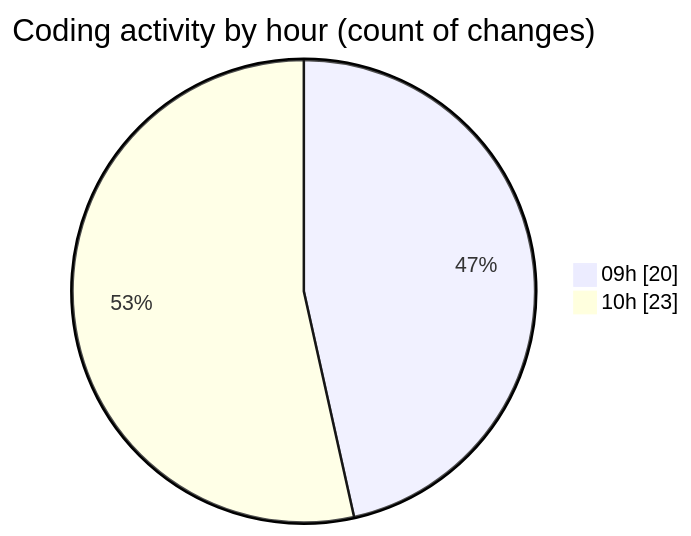
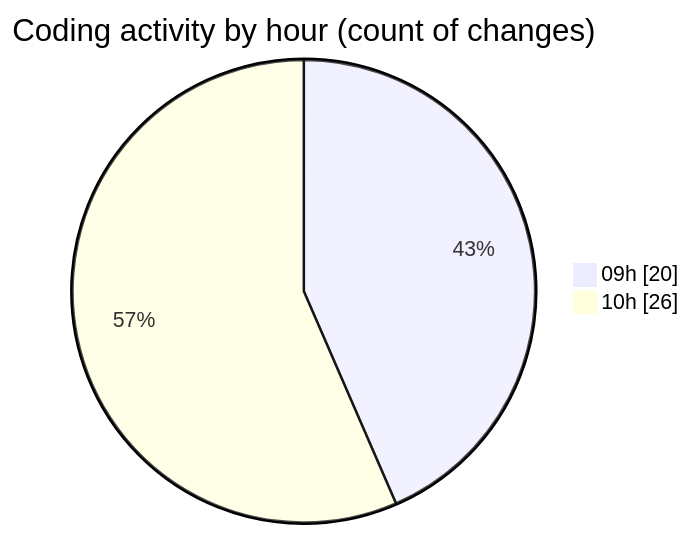
Before and after one commit to robertbonfada/code-tracking: the second of 2 diagrams in 2025-03-19/peregrino-web/README.md, drawn with Mermaid. The commit also changed other lines of this file and 1 other file, not shown here.

````diff
--- a/2025-03-19/peregrino-web/README.md
+++ b/2025-03-19/peregrino-web/README.md
@@ -35,6 +36,6 @@
 ```mermaid
 pie showData
 title Coding activity by hour (count of changes)
 "09h" : 20
-"10h" : 23
+"10h" : 26
 ```
````
